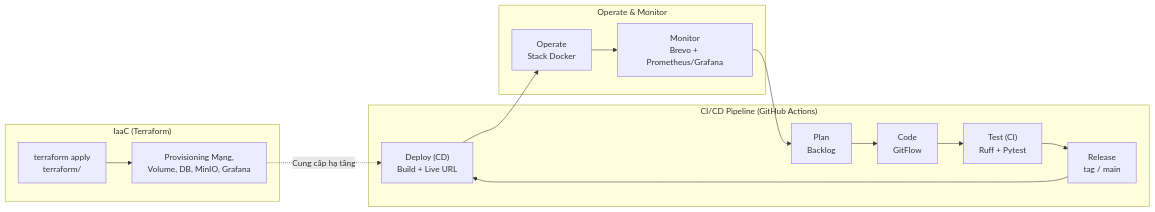
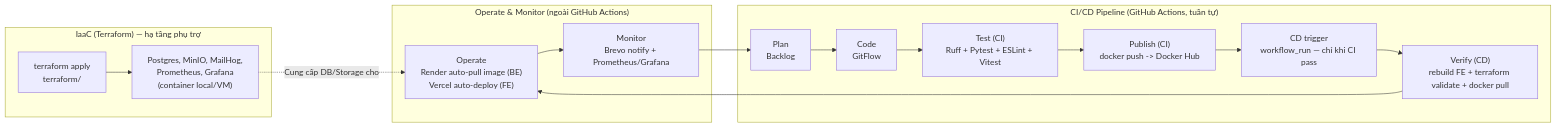
Before and after one commit to se-bros/hcmus-projectmanage--lab: the third of 4 diagrams in final-exam/preparation/5_CICD_DevOps_Testing/README.md, drawn with Mermaid. The commit also changed other lines of this file, not shown here.

````diff
--- a/final-exam/preparation/5_CICD_DevOps_Testing/README.md
+++ b/final-exam/preparation/5_CICD_DevOps_Testing/README.md
@@ -131,18 +146,19 @@
 ```mermaid
 flowchart LR
-    subgraph IaaC["IaaC (Terraform)"]
-        TF["terraform apply<br/>terraform/"] --> Infra["Provisioning Mạng,<br/>Volume, DB, MinIO, Grafana"]
+    subgraph IaaC["IaaC (Terraform) — hạ tầng phụ trợ"]
+        TF["terraform apply<br/>terraform/"] --> Infra["Postgres, MinIO, MailHog,<br/>Prometheus, Grafana<br/>(container local/VM)"]
     end
-    subgraph CICD["CI/CD Pipeline (GitHub Actions)"]
+    subgraph CICD["CI/CD Pipeline (GitHub Actions, tuần tự)"]
         Plan["Plan<br/>Backlog"] --> Code["Code<br/>GitFlow"]
-        Code --> Test["Test (CI)<br/>Ruff + Pytest"]
-        Test --> Release["Release<br/>tag / main"]
-        Release --> Deploy["Deploy (CD)<br/>Build + Live URL"]
+        Code --> Test["Test (CI)<br/>Ruff + Pytest + ESLint + Vitest"]
+        Test --> Publish["Publish (CI)<br/>docker push -> Docker Hub"]
+        Publish --> CDTrig["CD trigger<br/>workflow_run — chỉ khi CI pass"]
+        CDTrig --> Verify["Verify (CD)<br/>rebuild FE + terraform validate + docker pull"]
     end
-    subgraph Ops["Operate & Monitor"]
-        Deploy --> Operate["Operate<br/>Stack Docker"]
-        Operate --> Monitor["Monitor<br/>Brevo + Prometheus/Grafana"]
+    subgraph Ops["Operate & Monitor (ngoài GitHub Actions)"]
+        Verify --> Operate["Operate<br/>Render auto-pull image (BE)<br/>Vercel auto-deploy (FE)"]
+        Operate --> Monitor["Monitor<br/>Brevo notify + Prometheus/Grafana"]
         Monitor --> Plan
     end
-    Infra -. Cung cấp hạ tầng .-> Deploy
+    Infra -. Cung cấp DB/Storage cho .-> Operate
 ```
````
